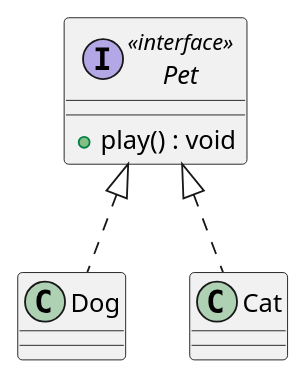
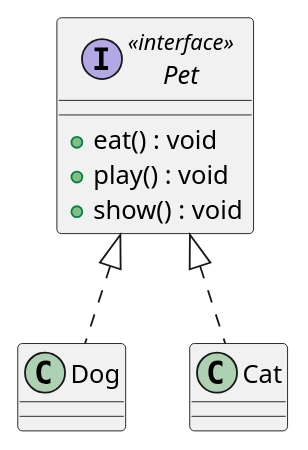
One commit to lyhcode/oosad changed the diagram in ex-mypet/pet-interface.md. Above: the diagram before and after it, drawn with PlantUML. The commit also changed 43 other files, not shown here.

````diff
--- a/ex-mypet/pet-interface.md
+++ b/ex-mypet/pet-interface.md
@@ -3,9 +3,11 @@
 ```uml
 @startuml
 interface Pet <<interface>> {
+    + eat() : void
     + play() : void
+    + show() : void
 }
 Pet <|.. Dog
 Pet <|.. Cat
 @enduml
 ```
````
